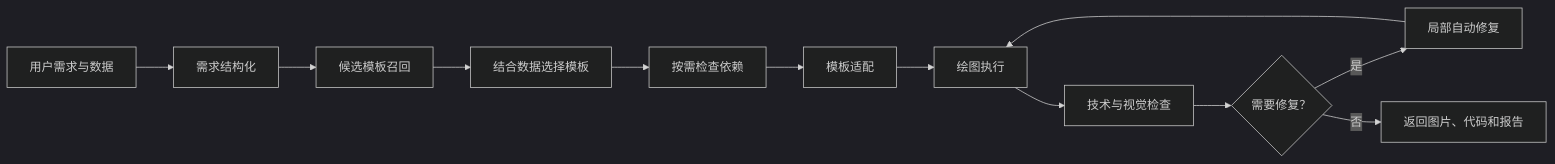
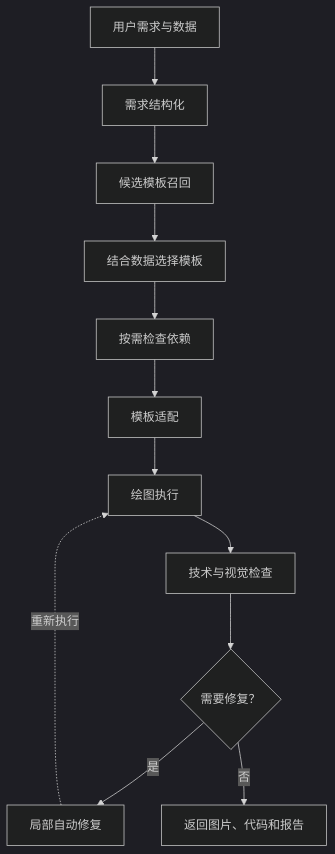
The diagram in README.md (hrdZhu/modelviz-skill), drawn with Mermaid (dark theme) before and after one commit. The commit also changed other lines of this file, not shown here.

````diff
--- a/README.md
+++ b/README.md
@@ -275,14 +303,14 @@
 ```mermaid
-flowchart LR
+flowchart TD
     A["用户需求与数据"] --> B["需求结构化"]
     B --> C["候选模板召回"]
     C --> D["结合数据选择模板"]
     D --> E["按需检查依赖"]
     E --> F["模板适配"]
     F --> G["绘图执行"]
     G --> H["技术与视觉检查"]
     H --> I{"需要修复？"}
     I -- "是" --> J["局部自动修复"]
-    J --> G
+    J -. 重新执行 .-> G
     I -- "否" --> K["返回图片、代码和报告"]
 ```
````
